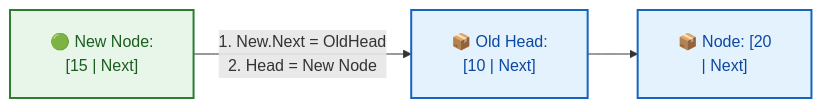
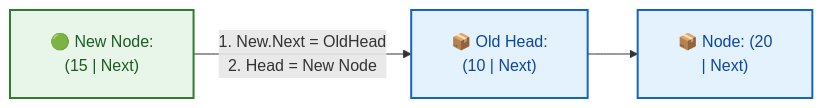
The third of 5 diagrams in week_02_foundations_ii_linear_data_structures/Week_02_Visual_Concepts_Playbook_HYBRID.md (dip4k/DSA_102), drawn with Mermaid before and after one commit. The commit also changed other lines of this file and 147 other files, not shown here.

First line of the commit message:
feat(curriculum): enrich Weeks 01-19 instructional modules & resolve repository-wide Mermaid cutoff

````diff
--- a/week_02_foundations_ii_linear_data_structures/Week_02_Visual_Concepts_Playbook_HYBRID.md
+++ b/week_02_foundations_ii_linear_data_structures/Week_02_Visual_Concepts_Playbook_HYBRID.md
@@ -203,13 +203,13 @@
 ```mermaid
 %%{init: {"flowchart": {"htmlLabels": true, "padding": 20}, "themeCSS": "foreignObject { overflow: visible !important; }"}}%%
 flowchart LR
     classDef newHead fill:#e8f5e9,stroke:#2e7d32,stroke-width:2px,color:#1b5e20
     classDef existing fill:#e3f2fd,stroke:#1565c0,stroke-width:2px,color:#0d47a1
 
-    New["🟢 New Node:<br/>[15 | Next]"]:::newHead
-    OldH["📦 Old Head:<br/>[10 | Next]"]:::existing
-    N2["📦 Node: [20<br/>| Next]"]:::existing
+    New["🟢 New Node:<br/>(15 | Next)"]:::newHead
+    OldH["📦 Old Head:<br/>(10 | Next)"]:::existing
+    N2["📦 Node: (20<br/>| Next)"]:::existing
 
     New -->|"1. New.Next = OldHead<br/>2. Head = New Node"| OldH
     OldH --> N2
 ```
````
